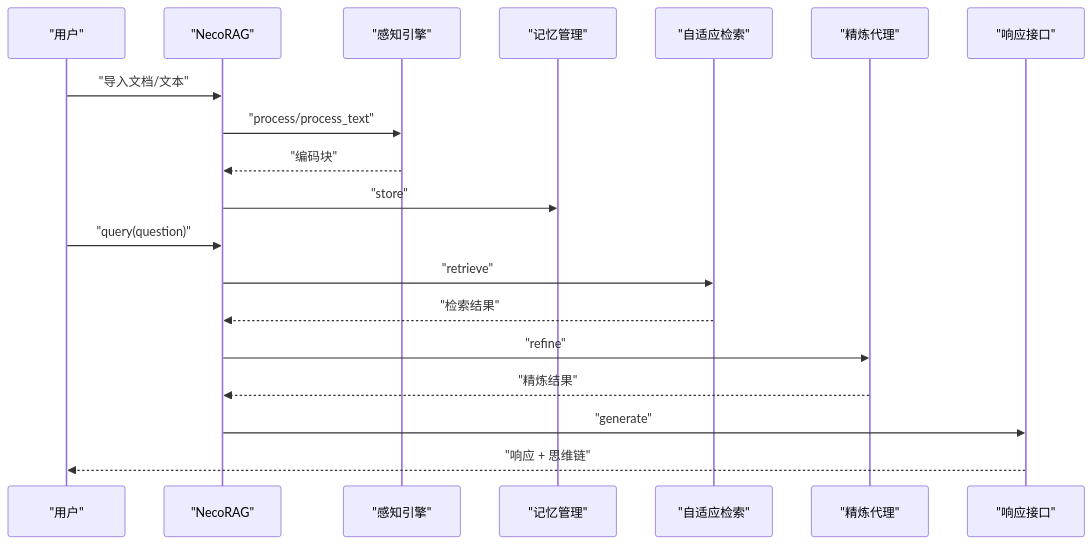
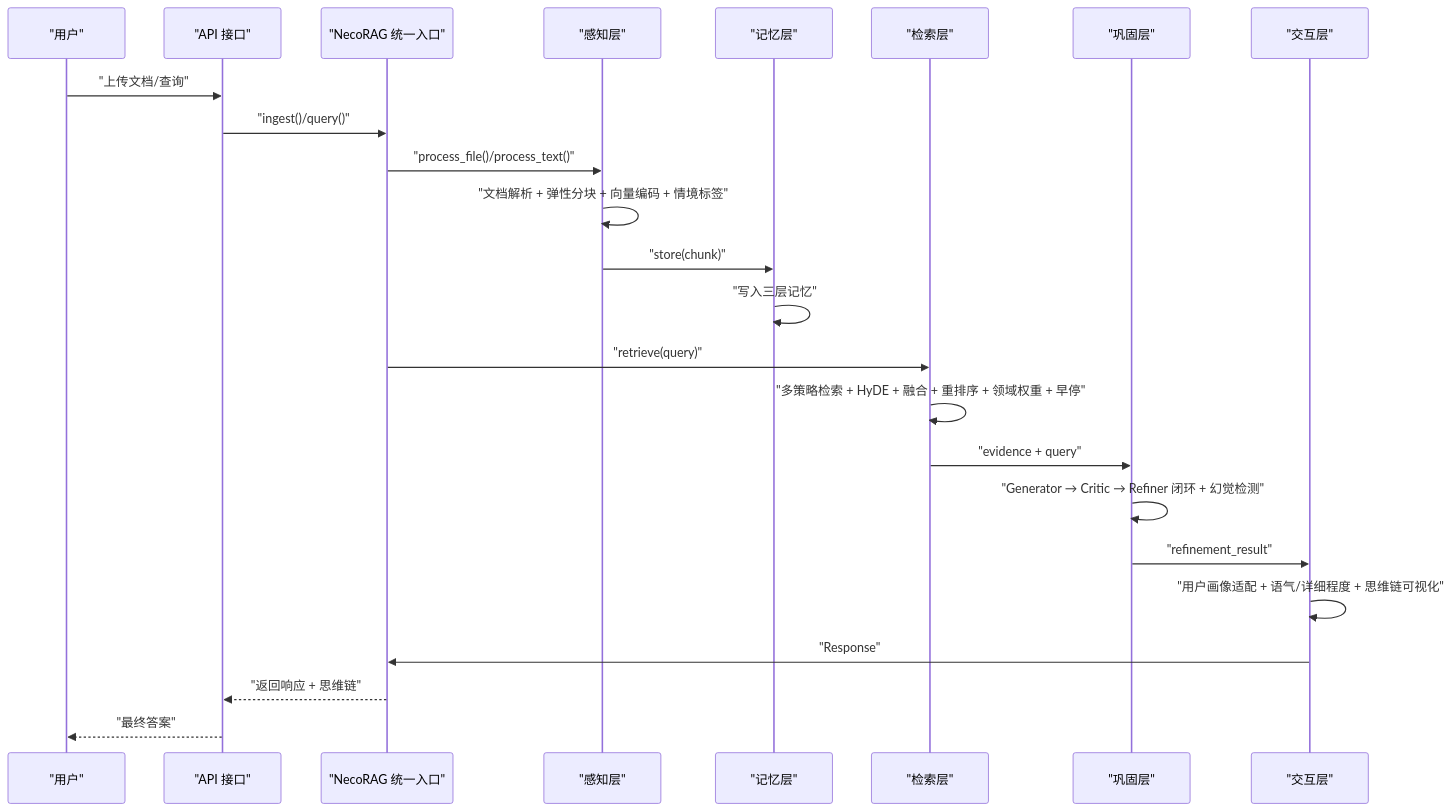
The second of 10 diagrams in .qoder/repowiki/zh/content/项目概述/项目概述.md (JieGaoPrinceton/NecoRAG), drawn with Mermaid before and after one commit. The commit also changed other lines of this file and 181 other files, not shown here.

````diff
--- a/.qoder/repowiki/zh/content/项目概述/项目概述.md
+++ b/.qoder/repowiki/zh/content/项目概述/项目概述.md
@@ -125,21 +154,26 @@
 ```mermaid
 sequenceDiagram
-participant U as "用户"
-participant N as "NecoRAG"
-participant P as "感知引擎"
-participant M as "记忆管理"
-participant Ret as "自适应检索"
-participant Ref as "精炼代理"
-participant Resp as "响应接口"
-U->>N : "导入文档/文本"
-N->>P : "process/process_text"
-P-->>N : "编码块"
-N->>M : "store"
-U->>N : "query(question)"
-N->>Ret : "retrieve"
-Ret-->>N : "检索结果"
-N->>Ref : "refine"
-Ref-->>N : "精炼结果"
-N->>Resp : "generate"
-Resp-->>U : "响应 + 思维链"
+participant User as "用户"
+participant API as "API 接口"
+participant NR as "NecoRAG 统一入口"
+participant L1 as "感知层"
+participant L2 as "记忆层"
+participant L3 as "检索层"
+participant L4 as "巩固层"
+participant L5 as "交互层"
+User->>API : "上传文档/查询"
+API->>NR : "ingest()/query()"
+NR->>L1 : "process_file()/process_text()"
+L1->>L1 : "文档解析 + 弹性分块 + 向量编码 + 情境标签"
+L1->>L2 : "store(chunk)"
+L2->>L2 : "写入三层记忆"
+NR->>L3 : "retrieve(query)"
+L3->>L3 : "多策略检索 + HyDE + 融合 + 重排序 + 领域权重 + 早停"
+L3->>L4 : "evidence + query"
+L4->>L4 : "Generator → Critic → Refiner 闭环 + 幻觉检测"
+L4->>L5 : "refinement_result"
+L5->>L5 : "用户画像适配 + 语气/详细程度 + 思维链可视化"
+L5->>NR : "Response"
+NR-->>API : "返回响应 + 思维链"
+API-->>User : "最终答案"
 ```
````
